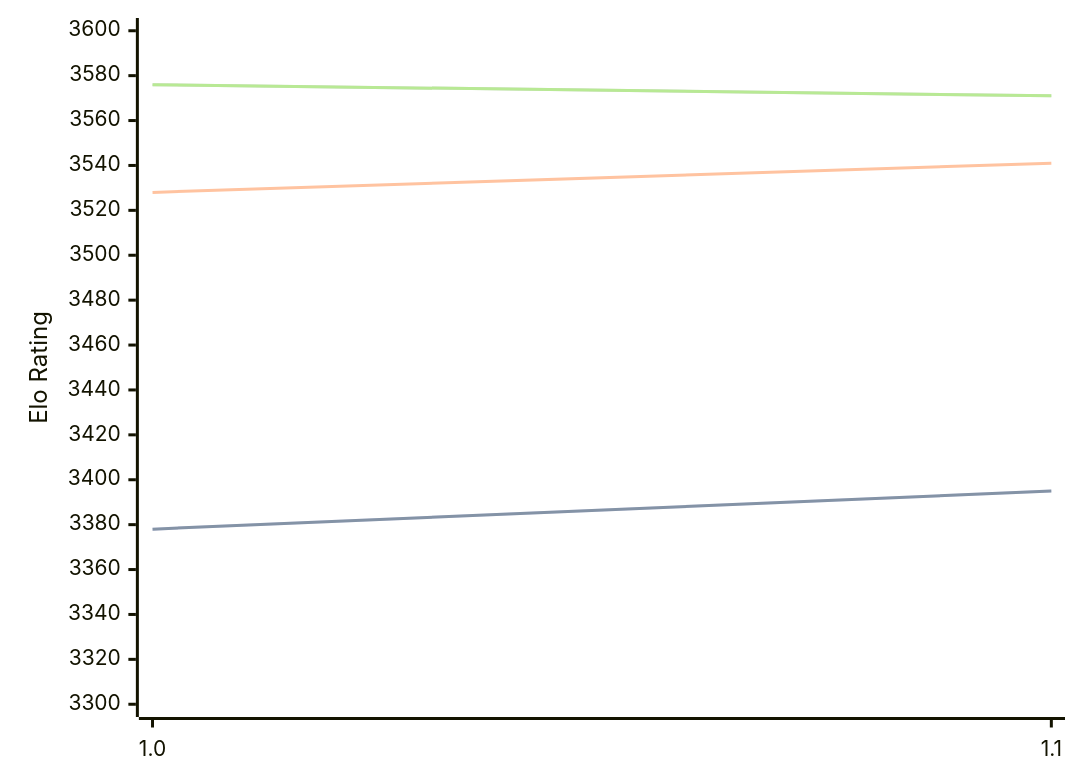
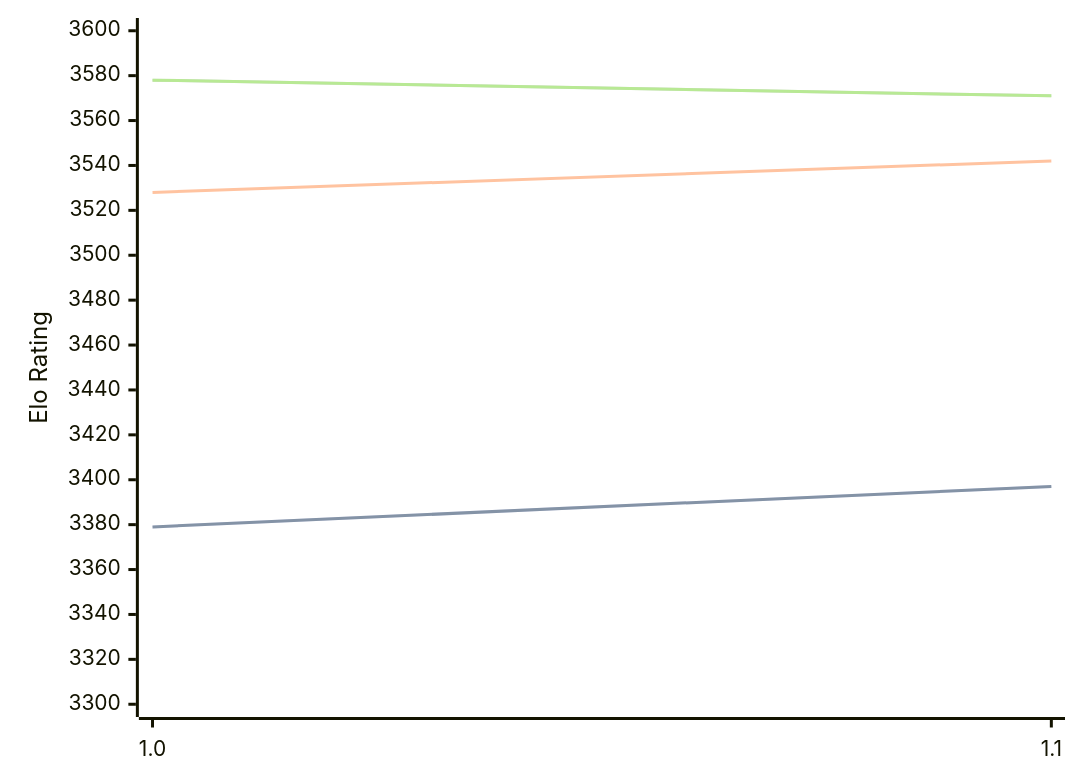
Before and after one commit to computer-chess-index/cci: the diagram in engines/Horsie.md, drawn with Mermaid. The commit also changed other lines of this file, not shown here.

Commit message:
Update CCI Ratings (ELO VLTC) - 2026-03-02

````diff
--- a/engines/Horsie.md
+++ b/engines/Horsie.md
@@ -30,11 +30,11 @@
 ```mermaid
 %%{init: {"theme":"base","themeVariables":{"seriesColors:['#a3a3a3','#222221','#faa371']}}}%%
 xychart-beta
   x-axis ["1.0", "1.1"]
   y-axis "Elo Rating" 3300 --> 3600
-  line "STC (8.0+0.08s)" [3378, 3395]
-  line "STC (8.0+0.08s)" [3378, 3395]
-  line "LTC (60.0+0.60s)" [3528, 3541]
-  line "VLTC (2m24s+1.12s)" [3576, 3571]
-  line "VLTC (2m24s+1.12s)" [3576, 3571]
+  line "STC (8.0+0.08s)" [3379, 3397]
+  line "STC (8.0+0.08s)" [3379, 3397]
+  line "LTC (60.0+0.60s)" [3528, 3542]
+  line "VLTC (2m24s+1.12s)" [3578, 3571]
+  line "VLTC (2m24s+1.12s)" [3578, 3571]
 ```
````
